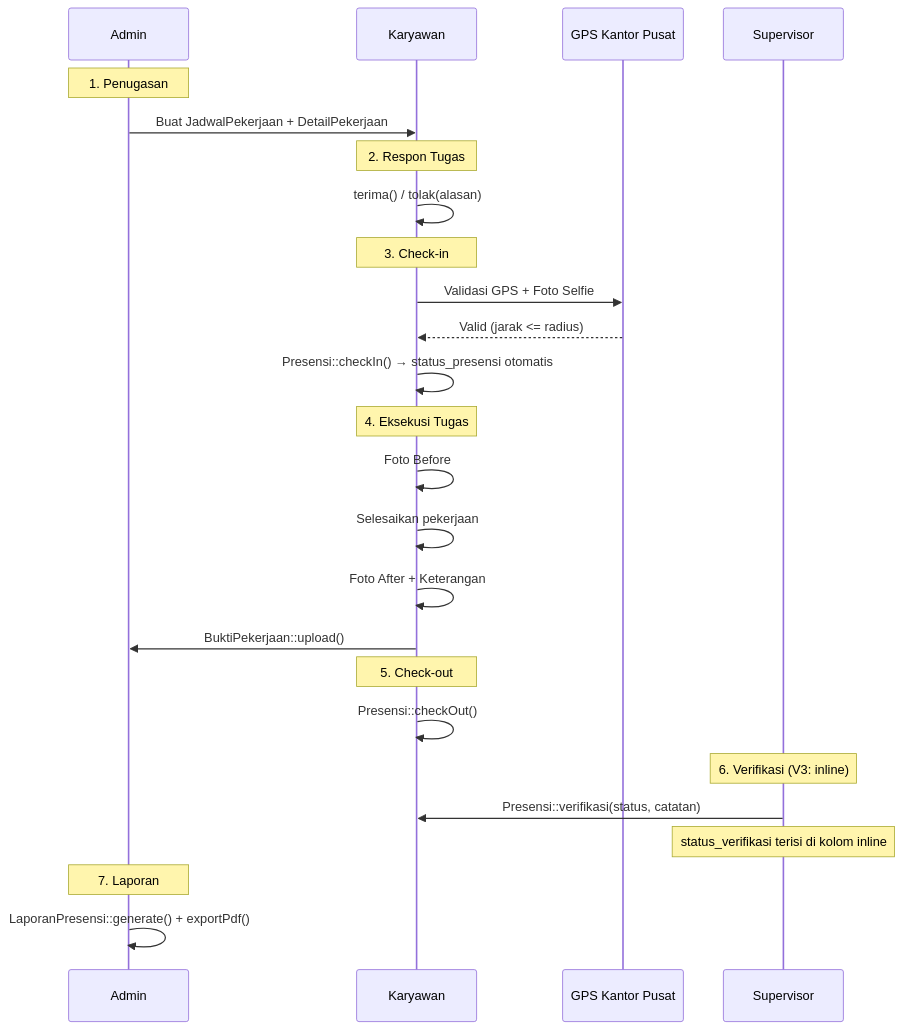
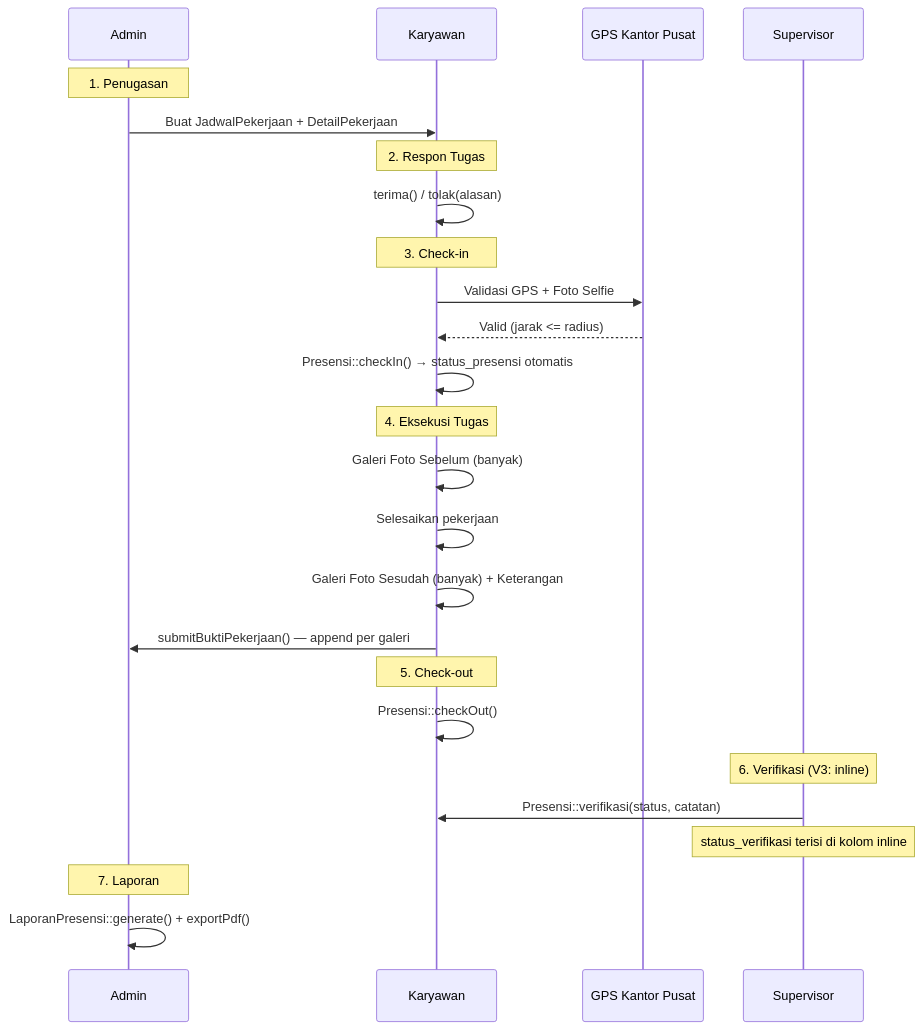
Before and after one commit to FadhilahNezaSolikhah/sistem-kepegawaian: the diagram in docs/v3/05-fitur-alur-bisnis.md, drawn with Mermaid. The commit also changed other lines of this file and 3 other files, not shown here.

First line of the commit message:
docs(v3): perbarui dokumentasi galeri foto Sebelum/Sesudah

````diff
--- a/docs/v3/05-fitur-alur-bisnis.md
+++ b/docs/v3/05-fitur-alur-bisnis.md
@@ -141,34 +143,34 @@
 ```mermaid
 sequenceDiagram
     participant A as Admin
     participant K as Karyawan
     participant GPS as GPS Kantor Pusat
     participant S as Supervisor
 
     Note over A: 1. Penugasan
     A->>K: Buat JadwalPekerjaan + DetailPekerjaan
 
     Note over K: 2. Respon Tugas
     K->>K: terima() / tolak(alasan)
 
     Note over K: 3. Check-in
     K->>GPS: Validasi GPS + Foto Selfie
     GPS-->>K: Valid (jarak <= radius)
     K->>K: Presensi::checkIn() → status_presensi otomatis
 
     Note over K: 4. Eksekusi Tugas
-    K->>K: Foto Before
+    K->>K: Galeri Foto Sebelum (banyak)
     K->>K: Selesaikan pekerjaan
-    K->>K: Foto After + Keterangan
-    K->>A: BuktiPekerjaan::upload()
+    K->>K: Galeri Foto Sesudah (banyak) + Keterangan
+    K->>A: submitBuktiPekerjaan() — append per galeri
 
     Note over K: 5. Check-out
     K->>K: Presensi::checkOut()
 
     Note over S: 6. Verifikasi (V3: inline)
     S->>K: Presensi::verifikasi(status, catatan)
     Note over S: status_verifikasi terisi di kolom inline
 
     Note over A: 7. Laporan
     A->>A: LaporanPresensi::generate() + exportPdf()
 ```
````
